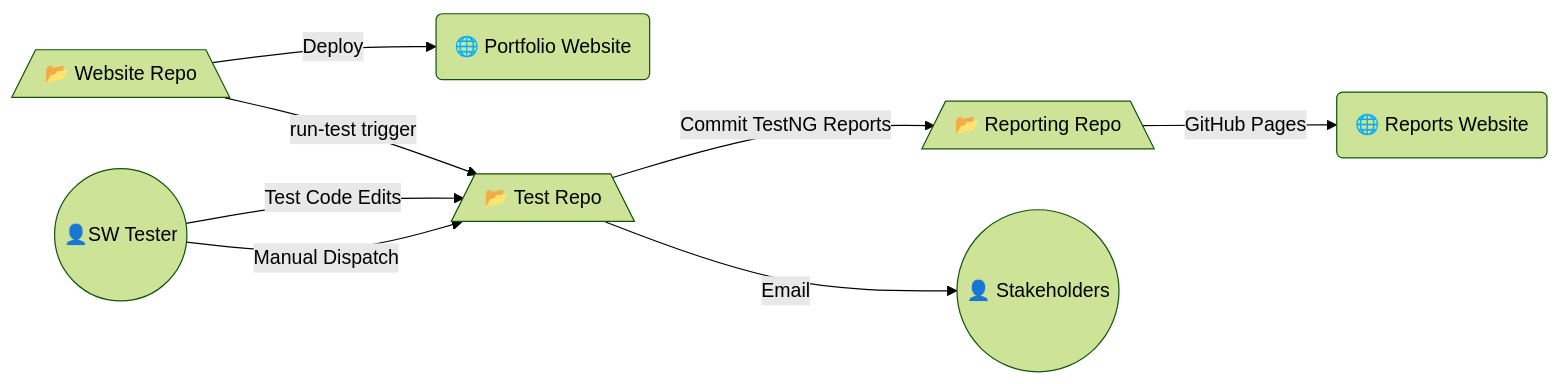
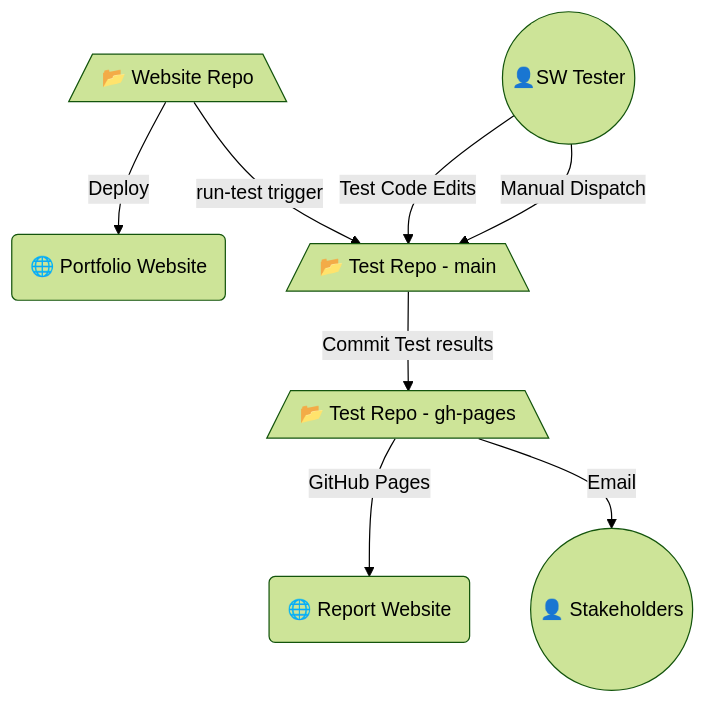
The diagram in README.md (MahmoudFawzyAOE2/mft1998-portfolio-TestAutomation), drawn with Mermaid (forest theme) before and after one commit. The commit also changed other lines of this file, not shown here.

````diff
--- a/README.md
+++ b/README.md
@@ -111,11 +114,11 @@
 ```mermaid
-graph LR
+graph TD
 
     A -- Deploy --> F(🌐 Portfolio Website)
-    A[/📂 Website Repo\] -- run-test trigger --> B[/📂 Test Repo\]
-    B -- Commit TestNG Reports --> C[/📂 Reporting Repo\]
-    C -- GitHub Pages --> D(🌐 Reports Website)
-    B -- Email --> G((👤 Stakeholders))
+    A[/📂 Website Repo\] -- run-test trigger --> B[/📂 Test Repo - main\]
+    B -- Commit Test results --> C[/📂 Test Repo - gh-pages\]
+    C -- GitHub Pages --> D(🌐 Report Website)
+    C -- Email --> G((👤 Stakeholders))
     E -- Test Code Edits --> B
     E((👤SW Tester)) -- Manual Dispatch --> B
 ```
````
